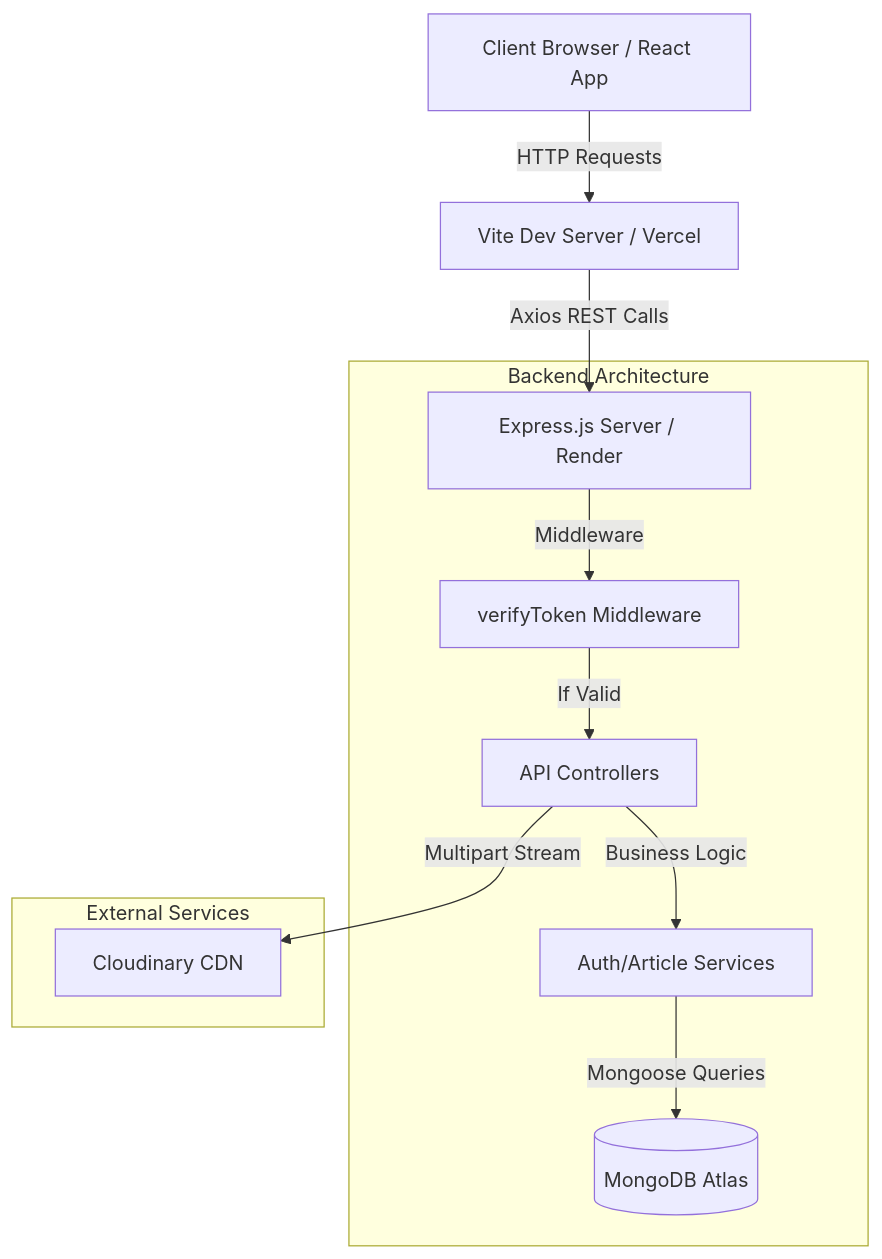
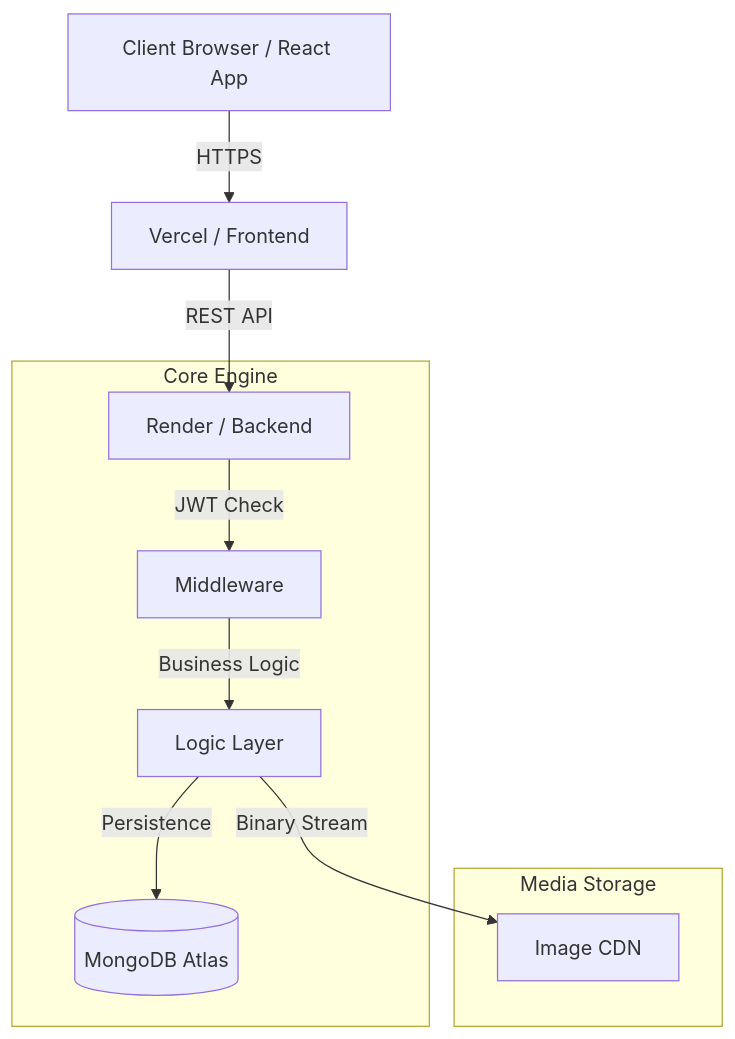
One commit to Akhila-1703/blog-app changed the diagram in README.md. Above: the diagram before and after it, drawn with Mermaid. The commit also changed other lines of this file and 2 other files, not shown here.

Commit message:
docs: deduplicate diagrams and add folder-specific installation steps

````diff
--- a/README.md
+++ b/README.md
@@ -40,16 +40,15 @@
 ```mermaid
 graph TD
-    Client[Client Browser / React App] -->|HTTP Requests| Vite[Vite Dev Server / Vercel]
-    Vite -->|Axios REST Calls| Express[Express.js Server / Render]
+    Client[Client Browser / React App] -->|HTTPS| Vite[Vercel / Frontend]
+    Vite -->|REST API| Express[Render / Backend]
     
-    subgraph Backend Architecture
-        Express -->|Middleware| AuthGuard[verifyToken Middleware]
-        AuthGuard -->|If Valid| Controllers[API Controllers]
-        Controllers -->|Business Logic| Services[Auth/Article Services]
-        Services -->|Mongoose Queries| DB[(MongoDB Atlas)]
+    subgraph Core Engine
+        Express -->|JWT Check| Auth[Middleware]
+        Auth -->|Business Logic| Controllers[Logic Layer]
+        Controllers -->|Persistence| DB[(MongoDB Atlas)]
     end
     
-    subgraph External Services
-        Controllers -->|Multipart Stream| Cloudinary[Cloudinary CDN]
+    subgraph Media Storage
+        Controllers -->|Binary Stream| Cloudinary[Image CDN]
     end
 ```
````
